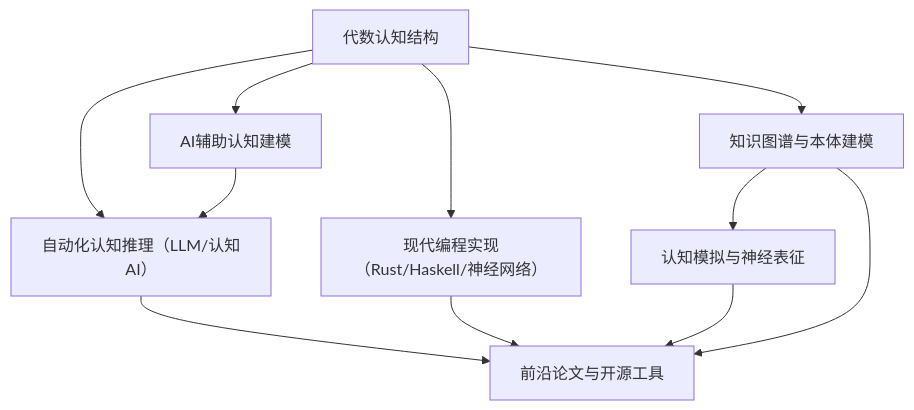
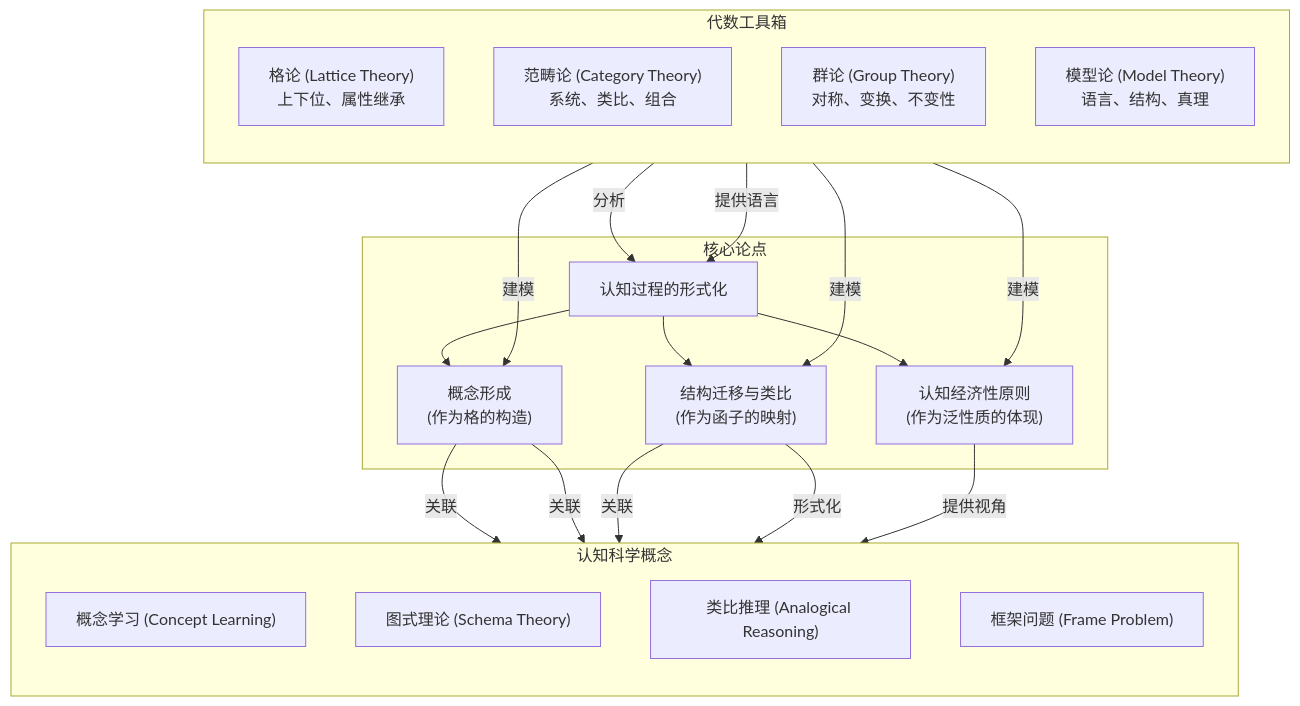
Before and after one commit to AdaMartin18010/Mathematics: the diagram in Math/Refactor/03-代数结构与理论/09-代数认知结构/00-代数认知结构总览.md, drawn with Mermaid. The commit also changed other lines of this file and 753 other files, not shown here.

````diff
--- a/Math/Refactor/03-代数结构与理论/09-代数认知结构/00-代数认知结构总览.md
+++ b/Math/Refactor/03-代数结构与理论/09-代数认知结构/00-代数认知结构总览.md
@@ -221,20 +18,36 @@
 ```mermaid
-flowchart TD
-  A["代数认知结构"]
-  B["AI辅助认知建模"]
-  C["自动化认知推理（LLM/认知AI）"]
-  D["知识图谱与本体建模"]
-  E["认知模拟与神经表征"]
-  F["现代编程实现（Rust/Haskell/神经网络）"]
-  G["前沿论文与开源工具"]
-  A --> B
-  A --> C
-  A --> D
-  A --> F
-  B --> C
-  D --> E
-  C --> G
-  F --> G
-  E --> G
-  D --> G
+graph TD
+    subgraph 核心论点
+        A["认知过程的形式化"]
+        A --> B["概念形成<br/>(作为格的构造)"];
+        A --> C["结构迁移与类比<br/>(作为函子的映射)"];
+        A --> D["认知经济性原则<br/>(作为泛性质的体现)"];
+    end
+
+    subgraph 代数工具箱
+        direction TB
+        E["格论 (Lattice Theory)<br/>上下位、属性继承"]
+        F["范畴论 (Category Theory)<br/>系统、类比、组合"]
+        G["群论 (Group Theory)<br/>对称、变换、不变性"]
+        H["模型论 (Model Theory)<br/>语言、结构、真理"]
+    end
+
+    E -- "建模" --> B;
+    F -- "建模" --> C;
+    F -- "建模" --> D;
+    G -- "分析" --> A;
+    H -- "提供语言" --> A;
+
+    subgraph 认知科学概念
+        direction TB
+        I["概念学习 (Concept Learning)"]
+        J["图式理论 (Schema Theory)"]
+        K["类比推理 (Analogical Reasoning)"]
+        L["框架问题 (Frame Problem)"]
+    end
+
+    B -- "关联" --> I;
+    B & C -- "关联" --> J;
+    C -- "形式化" --> K;
+    D -- "提供视角" --> L;
 ```
````
